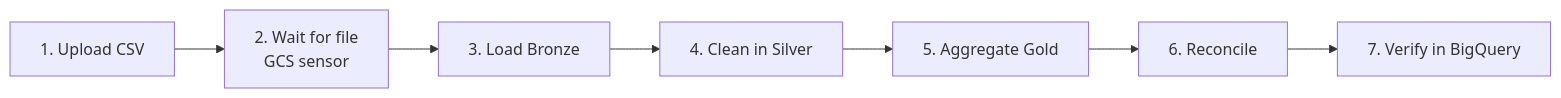
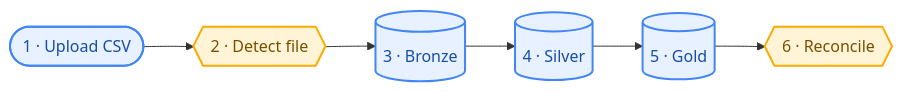
Before and after one commit to cloudwithpavan/cloudpulse-gcp-customer-lakehouse: the third of 3 diagrams in cloudpulse-documentation/README.md, drawn with Mermaid. The commit also changed other lines of this file and 22 other files, not shown here.

````diff
--- a/cloudpulse-documentation/README.md
+++ b/cloudpulse-documentation/README.md
@@ -56,9 +82,8 @@
 ```mermaid
 flowchart LR
-    A[1. Upload CSV] --> B[2. Wait for file<br/>GCS sensor]
-    B --> C[3. Load Bronze]
-    C --> D[4. Clean in Silver]
-    D --> E[5. Aggregate Gold]
-    E --> F[6. Reconcile]
-    F --> G[7. Verify in BigQuery]
+    A([1 · Upload CSV]) --> B{{2 · Detect file}} --> C[(3 · Bronze)] --> D[(4 · Silver)] --> E[(5 · Gold)] --> F{{6 · Reconcile}}
+    classDef step fill:#E8F1FF,stroke:#4285F4,color:#174EA6,stroke-width:2px;
+    classDef gate fill:#FFF4D6,stroke:#F9AB00,color:#7A4F01,stroke-width:2px;
+    class A,C,D,E step;
+    class B,F gate;
 ```
````
